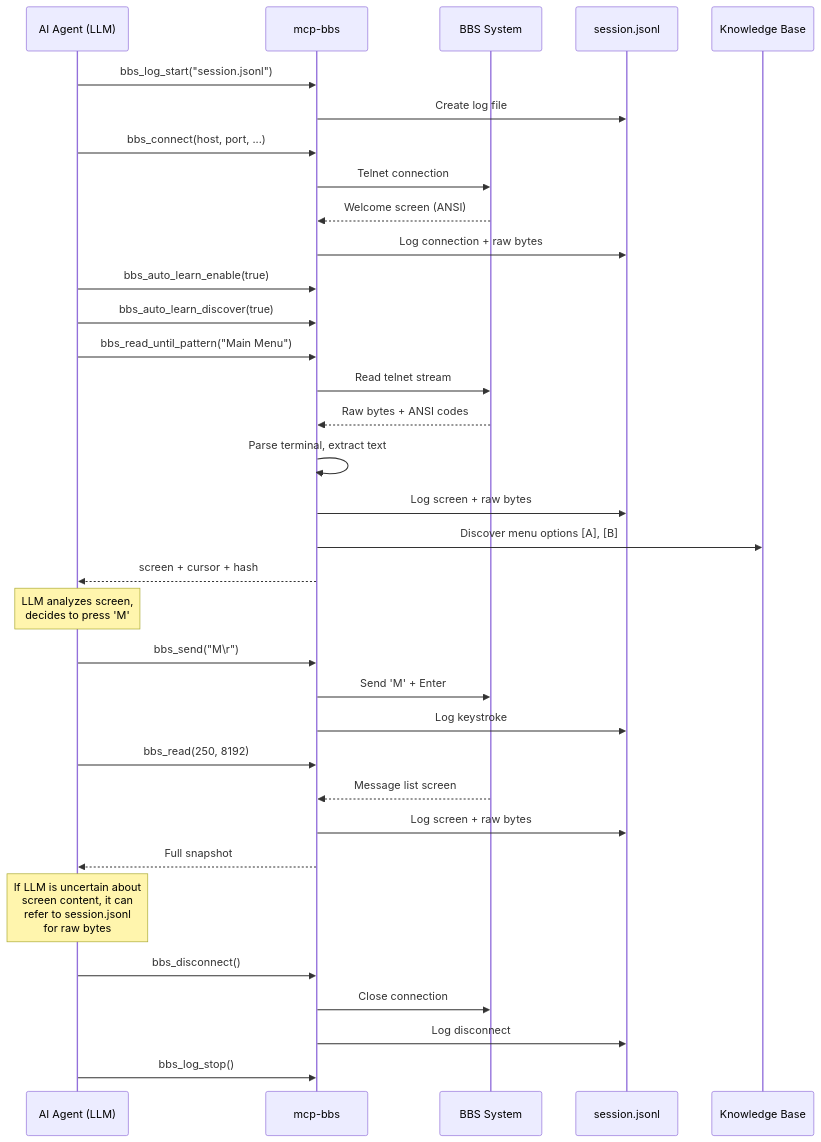
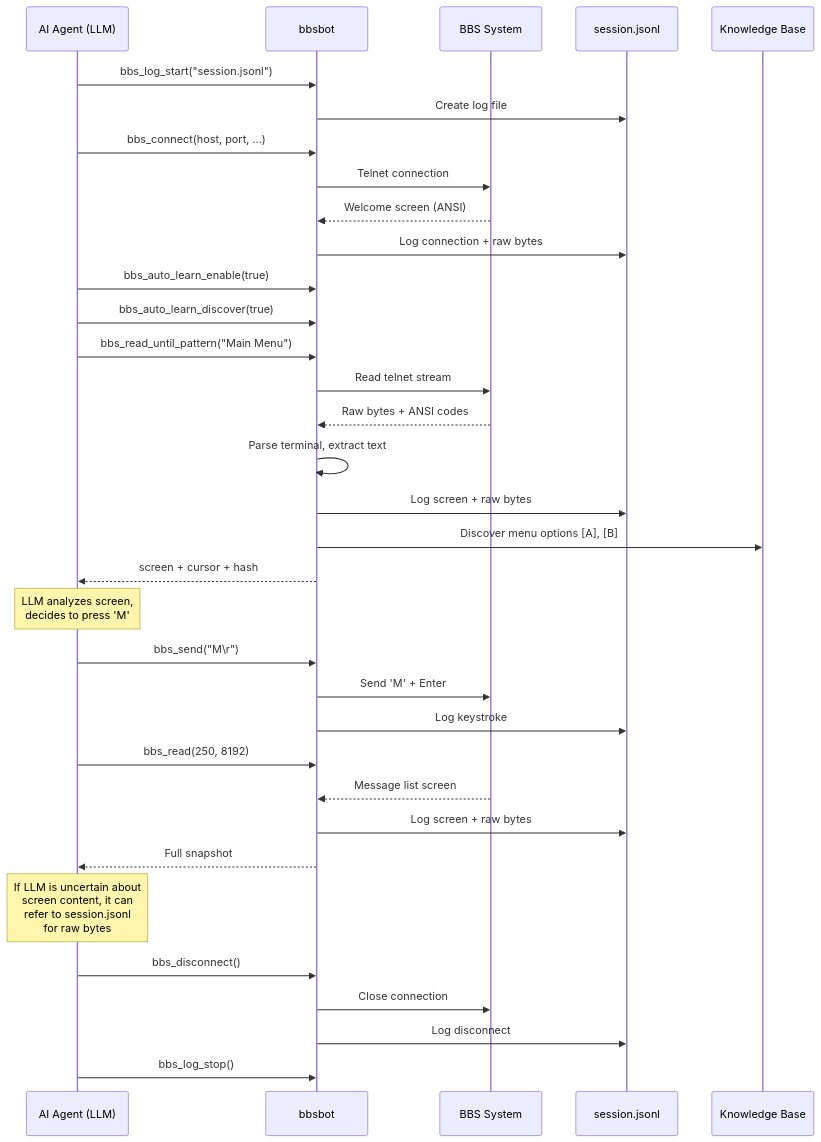
One commit to livingstaccato/mcp-bbs changed the second of 2 diagrams in README.md. Above: the diagram before and after it, drawn with Mermaid. The commit also changed other lines of this file and 230 other files, not shown here.

````diff
--- a/README.md
+++ b/README.md
@@ -514,45 +514,45 @@
 ```mermaid
 sequenceDiagram
     participant LLM as AI Agent (LLM)
-    participant MCP as mcp-bbs
+    participant MCP as bbsbot
     participant BBS as BBS System
     participant Log as session.jsonl
     participant KB as Knowledge Base
 
     LLM->>MCP: bbs_log_start("session.jsonl")
     MCP->>Log: Create log file
 
     LLM->>MCP: bbs_connect(host, port, ...)
     MCP->>BBS: Telnet connection
     BBS-->>MCP: Welcome screen (ANSI)
     MCP->>Log: Log connection + raw bytes
 
     LLM->>MCP: bbs_auto_learn_enable(true)
     LLM->>MCP: bbs_auto_learn_discover(true)
 
     LLM->>MCP: bbs_read_until_pattern("Main Menu")
     MCP->>BBS: Read telnet stream
     BBS-->>MCP: Raw bytes + ANSI codes
     MCP->>MCP: Parse terminal, extract text
     MCP->>Log: Log screen + raw bytes
     MCP->>KB: Discover menu options [A], [B]
     MCP-->>LLM: screen + cursor + hash
 
     Note over LLM: LLM analyzes screen,<br/>decides to press 'M'
 
     LLM->>MCP: bbs_send("M\r")
     MCP->>BBS: Send 'M' + Enter
     MCP->>Log: Log keystroke
 
     LLM->>MCP: bbs_read(250, 8192)
     BBS-->>MCP: Message list screen
     MCP->>Log: Log screen + raw bytes
     MCP-->>LLM: Full snapshot
 
     Note over LLM: If LLM is uncertain about<br/>screen content, it can<br/>refer to session.jsonl<br/>for raw bytes
 
     LLM->>MCP: bbs_disconnect()
     MCP->>BBS: Close connection
     MCP->>Log: Log disconnect
     LLM->>MCP: bbs_log_stop()
 ```
````
